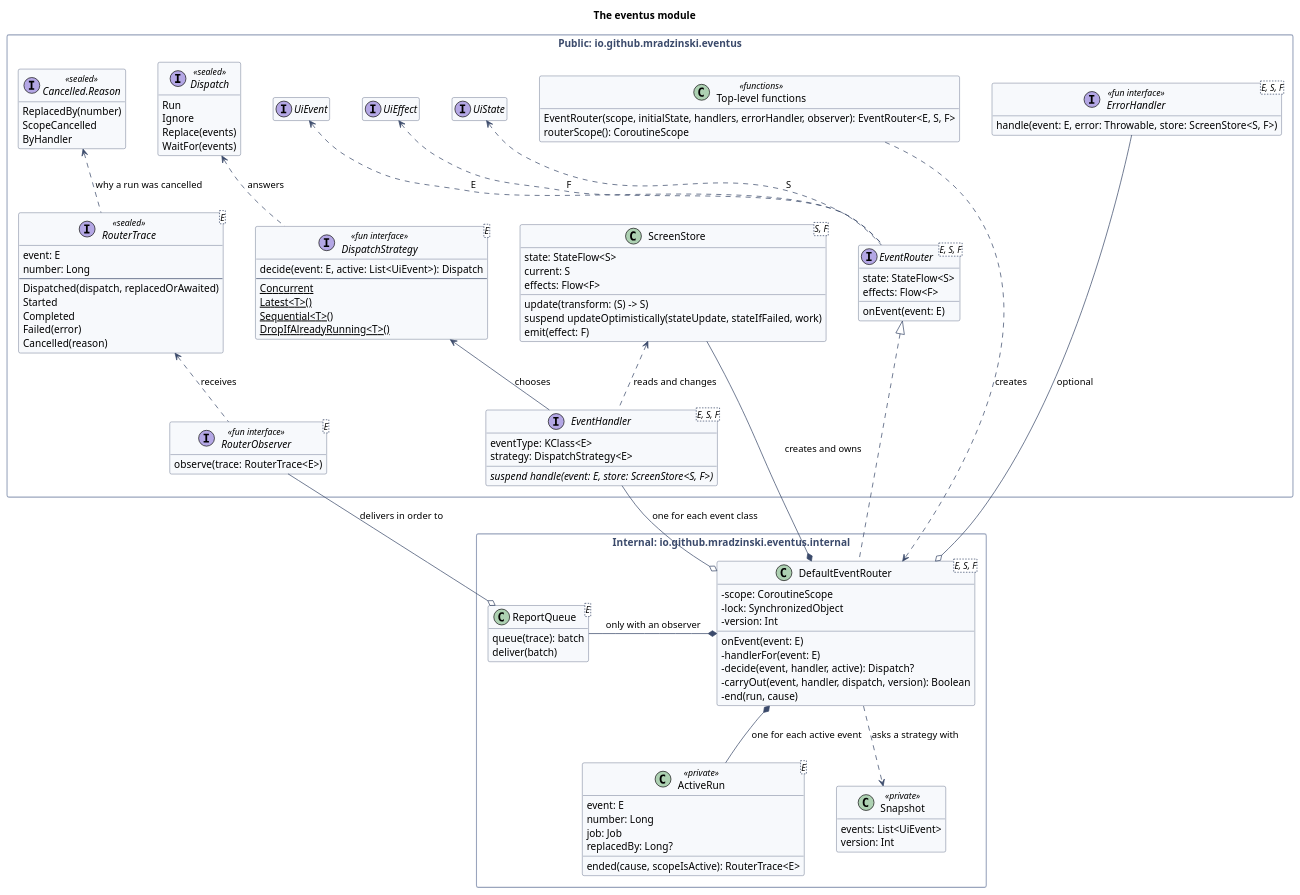
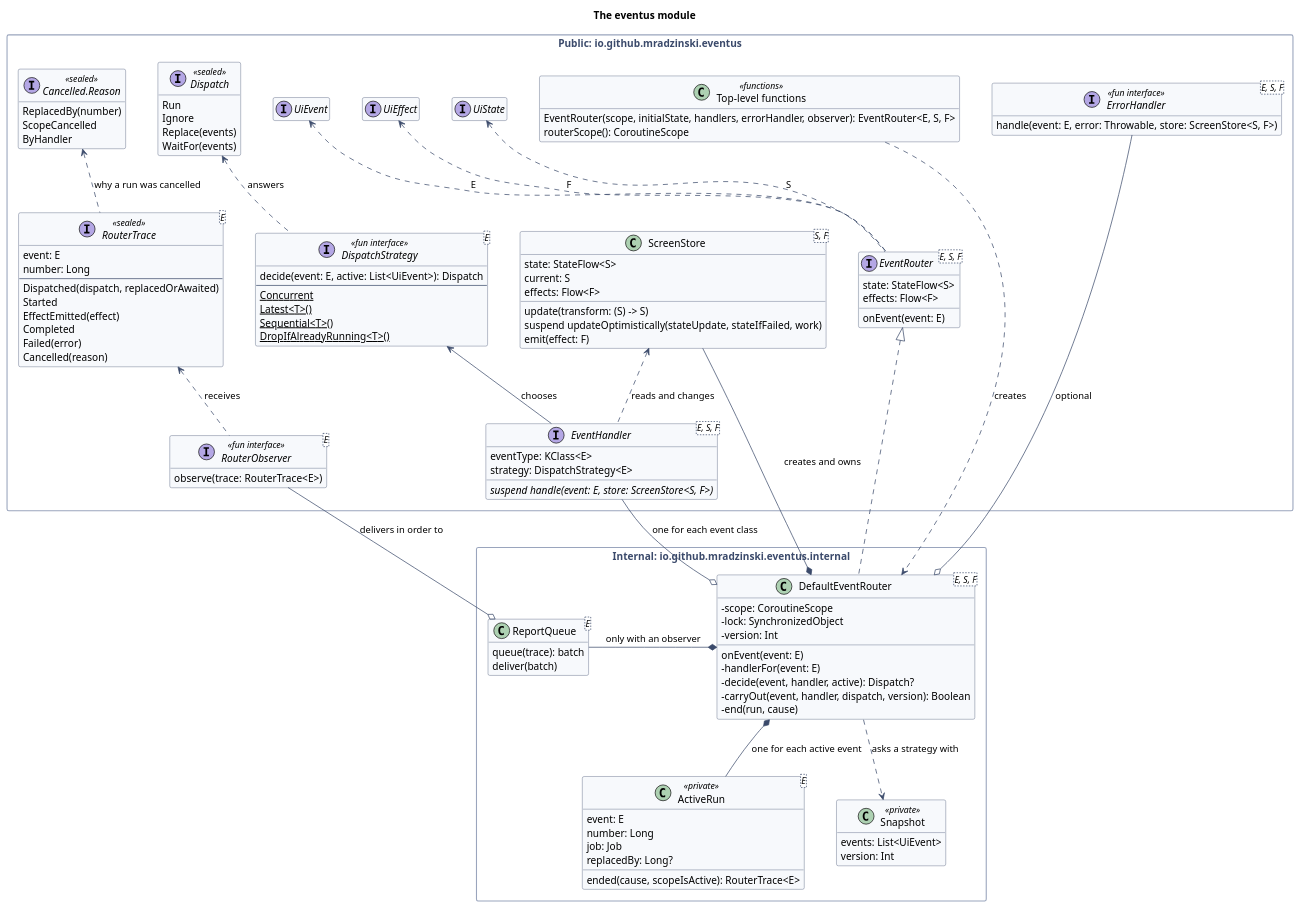
The diagram in docs/class-diagram.puml (mradzinski/Eventus), drawn with PlantUML before and after one commit. The commit also changed 17 other files, not shown here.

```diff
--- a/docs/class-diagram.puml
+++ b/docs/class-diagram.puml
@@ -1,150 +1,151 @@
 @startuml
 title The eventus module
 
 skinparam shadowing false
 skinparam backgroundColor white
 skinparam classAttributeIconSize 0
 skinparam nodesep 45
 skinparam ranksep 60
 skinparam packageStyle rectangle
 skinparam class {
     BackgroundColor #F7F9FC
     BorderColor #3B4A6B
     ArrowColor #3B4A6B
     FontSize 14
 }
 skinparam package {
     BorderColor #9AA5BD
     FontColor #3B4A6B
 }
 hide empty members
 set separator none
 
 package "Public: io.github.mradzinski.eventus" as Public {
 
     interface UiEvent
     interface UiState
     interface UiEffect
 
     interface "EventRouter<E, S, F>" as EventRouter {
         state: StateFlow<S>
         effects: Flow<F>
         onEvent(event: E)
     }
 
     class "Top-level functions" as Functions <<functions>> {
         EventRouter(scope, initialState, handlers, errorHandler, observer): EventRouter<E, S, F>
         routerScope(): CoroutineScope
     }
 
     interface "EventHandler<E, S, F>" as EventHandler {
         eventType: KClass<E>
         strategy: DispatchStrategy<E>
         {abstract} suspend handle(event: E, store: ScreenStore<S, F>)
     }
 
     class "ScreenStore<S, F>" as ScreenStore {
         state: StateFlow<S>
         current: S
         effects: Flow<F>
         update(transform: (S) -> S)
         suspend updateOptimistically(stateUpdate, stateIfFailed, work)
         emit(effect: F)
     }
 
     interface "ErrorHandler<E, S, F>" as ErrorHandler <<fun interface>> {
         handle(event: E, error: Throwable, store: ScreenStore<S, F>)
     }
 
     interface "DispatchStrategy<E>" as DispatchStrategy <<fun interface>> {
         decide(event: E, active: List<UiEvent>): Dispatch
         --
         {static} Concurrent
         {static} Latest<T>()
         {static} Sequential<T>()
         {static} DropIfAlreadyRunning<T>()
     }
 
     interface Dispatch <<sealed>> {
         Run
         Ignore
         {field} Replace(events)
         {field} WaitFor(events)
     }
 
     interface "RouterObserver<E>" as RouterObserver <<fun interface>> {
         observe(trace: RouterTrace<E>)
     }
 
     interface "RouterTrace<E>" as RouterTrace <<sealed>> {
         event: E
         number: Long
         --
         {field} Dispatched(dispatch, replacedOrAwaited)
         Started
+        {field} EffectEmitted(effect)
         Completed
         {field} Failed(error)
         {field} Cancelled(reason)
     }
 
     interface "Cancelled.Reason" as Reason <<sealed>> {
         {field} ReplacedBy(number)
         ScopeCancelled
         ByHandler
     }
 }
 
 package "Internal: io.github.mradzinski.eventus.internal" as Internal {
 
     class "DefaultEventRouter<E, S, F>" as DefaultEventRouter {
         - scope: CoroutineScope
         - lock: SynchronizedObject
         - version: Int
         onEvent(event: E)
         - handlerFor(event: E)
         - decide(event, handler, active): Dispatch?
         - carryOut(event, handler, dispatch, version): Boolean
         - end(run, cause)
     }
 
     class "ActiveRun<E>" as ActiveRun <<private>> {
         event: E
         number: Long
         job: Job
         replacedBy: Long?
         ended(cause, scopeIsActive): RouterTrace<E>
     }
 
     class Snapshot <<private>> {
         events: List<UiEvent>
         version: Int
     }
 
     class "ReportQueue<E>" as ReportQueue {
         queue(trace): batch
         deliver(batch)
     }
 }
 
 EventRouter <|.. DefaultEventRouter
 Functions ..> DefaultEventRouter : creates
 
 ScreenStore --* DefaultEventRouter : creates and owns
 EventHandler --o DefaultEventRouter : one for each event class
 ErrorHandler --o DefaultEventRouter : optional
 RouterObserver --o ReportQueue : delivers in order to
 
 DefaultEventRouter *-- ActiveRun : one for each active event
 DefaultEventRouter ..> Snapshot : asks a strategy with
 DefaultEventRouter *-right- ReportQueue : only with an observer
 
 EventHandler .up.> ScreenStore : reads and changes
 DispatchStrategy <-- EventHandler : chooses
 Dispatch <.. DispatchStrategy : answers
 RouterTrace <.. RouterObserver : receives
 Reason <.. RouterTrace : why a run was cancelled
 
 UiEvent <.. EventRouter : E
 UiState <.. EventRouter : S
 UiEffect <.. EventRouter : F
 @enduml
```
